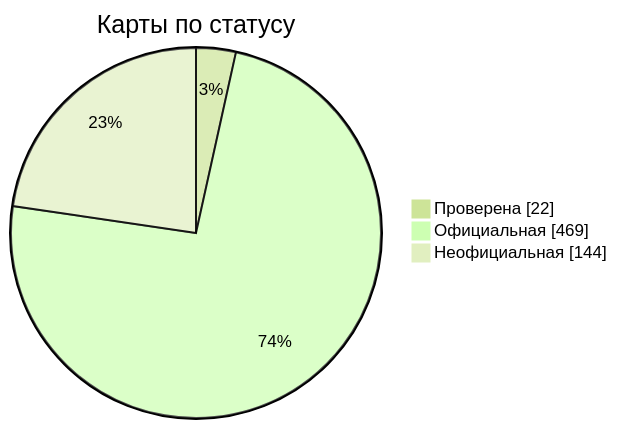
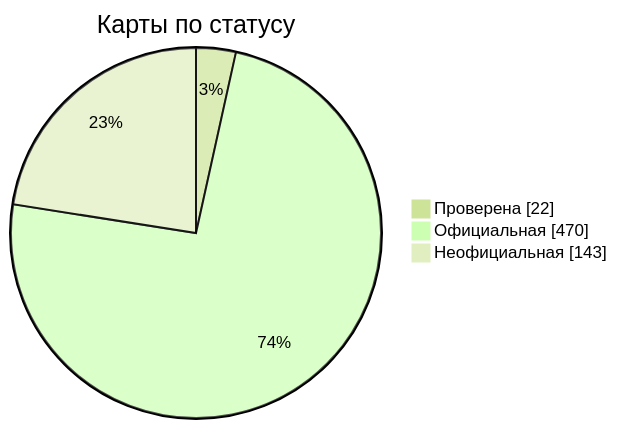
The diagram in docs/readme/README_RU.md (nobrega8/mbmap-library), drawn with Mermaid (forest theme) before and after one commit. The commit also changed 6 other files, not shown here.

````diff
--- a/docs/readme/README_RU.md
+++ b/docs/readme/README_RU.md
@@ -54,7 +54,7 @@
 ```mermaid
 pie showData
     title Карты по статусу
     "Проверена" : 22
-    "Официальная" : 469
-    "Неофициальная" : 144
+    "Официальная" : 470
+    "Неофициальная" : 143
 ```
````
